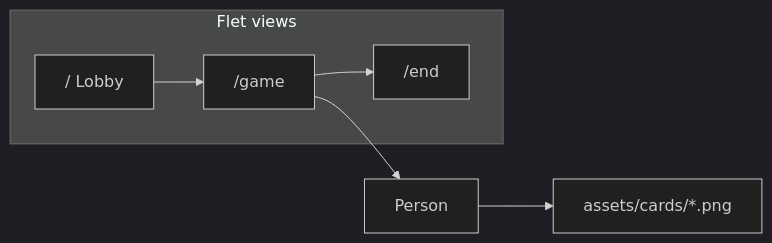
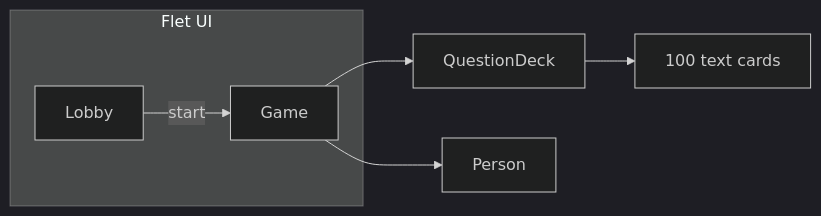
The diagram in README.md (linneaegner/do-or-lose), drawn with Mermaid (dark theme) before and after one commit. The commit also changed other lines of this file and 12 other files, not shown here.

````diff
--- a/README.md
+++ b/README.md
@@ -55,11 +68,11 @@
 ```mermaid
 flowchart LR
-  subgraph views [Flet views]
-    L["/ Lobby"]
-    G["/game"]
-    E["/end"]
+  subgraph ui [Flet UI]
+    L[Lobby]
+    G[Game]
   end
-  L --> G --> E
+  L -->|start| G
+  G --> QuestionDeck
   G --> Person
-  Person --> Cards["assets/cards/*.png"]
+  QuestionDeck --> QUESTIONS["100 text cards"]
 ```
````
